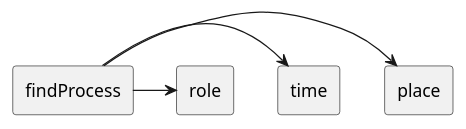
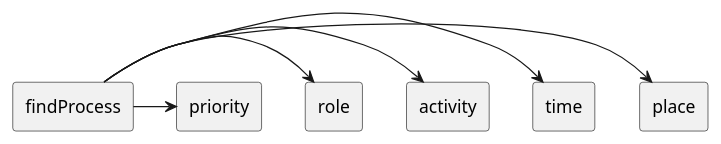
The second of 2 diagrams in public/Processes/The Process.md (oneacik/mindoo), drawn with PlantUML before and after one commit. The commit also changed other lines of this file and 6 other files, not shown here.

````diff
--- a/public/Processes/The Process.md
+++ b/public/Processes/The Process.md
@@ -17,13 +13,17 @@
 ```plantuml
 
 rectangle findProcess
 
 rectangle place [[#findProcessPlace]]
 rectangle time
+rectangle activity [[#findProcessActivity]]
 rectangle role
+rectangle priority
 
 findProcess -> place 
 findProcess -> time
+findProcess -> activity
 findProcess -> role
+findProcess -> priority
 
 ```
````
